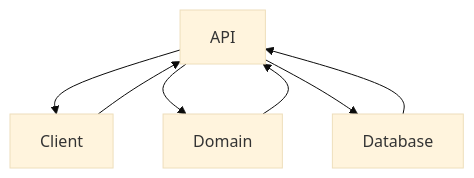
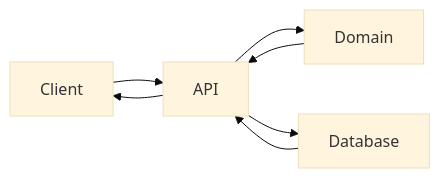
Before and after one commit to NielsKlo/Zoo: the diagram in ARCHITECTURE.md, drawn with Mermaid (base theme). The commit also changed other lines of this file and 3 other files, not shown here.

````diff
--- a/ARCHITECTURE.md
+++ b/ARCHITECTURE.md
@@ -22,9 +22,9 @@
 ```mermaid
-graph TD;
-API-->Client;
-Client-->API;
-API-->Domain;
-Domain-->API;
-API-->Database;
-Database-->API;
+graph LR;
+    Client-->API;
+    API-->Client
+    API-->Domain;
+    Domain-->API;
+    API-->Database;
+    Database-->API;
 ```
````
